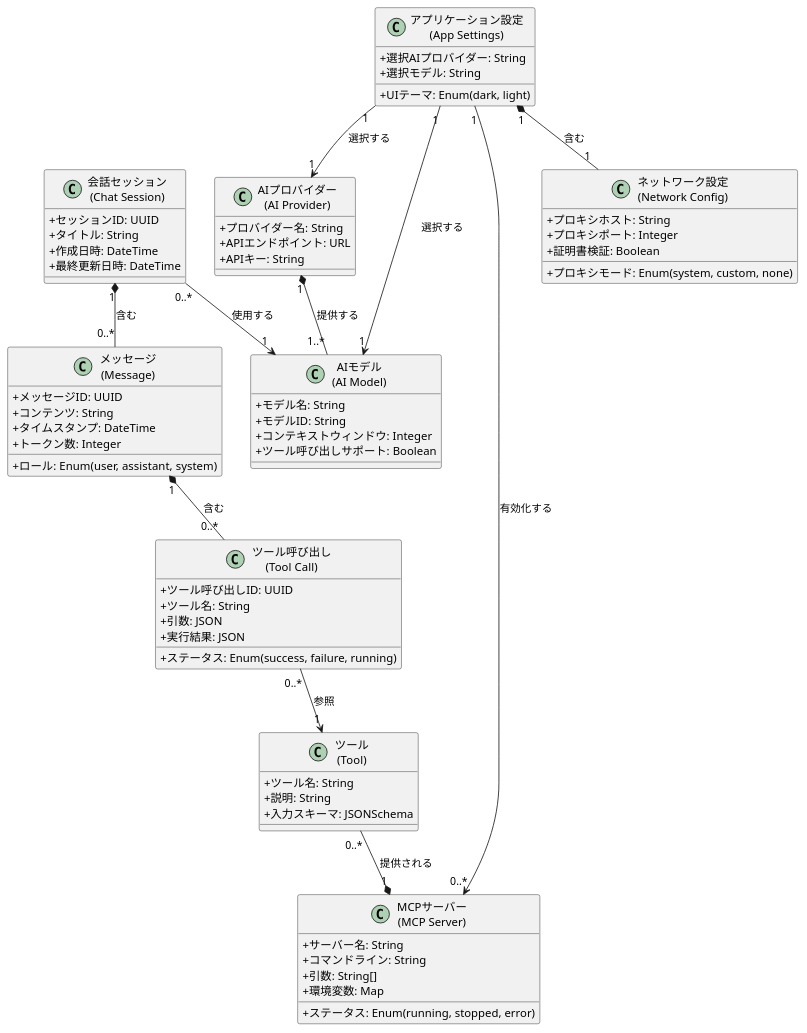
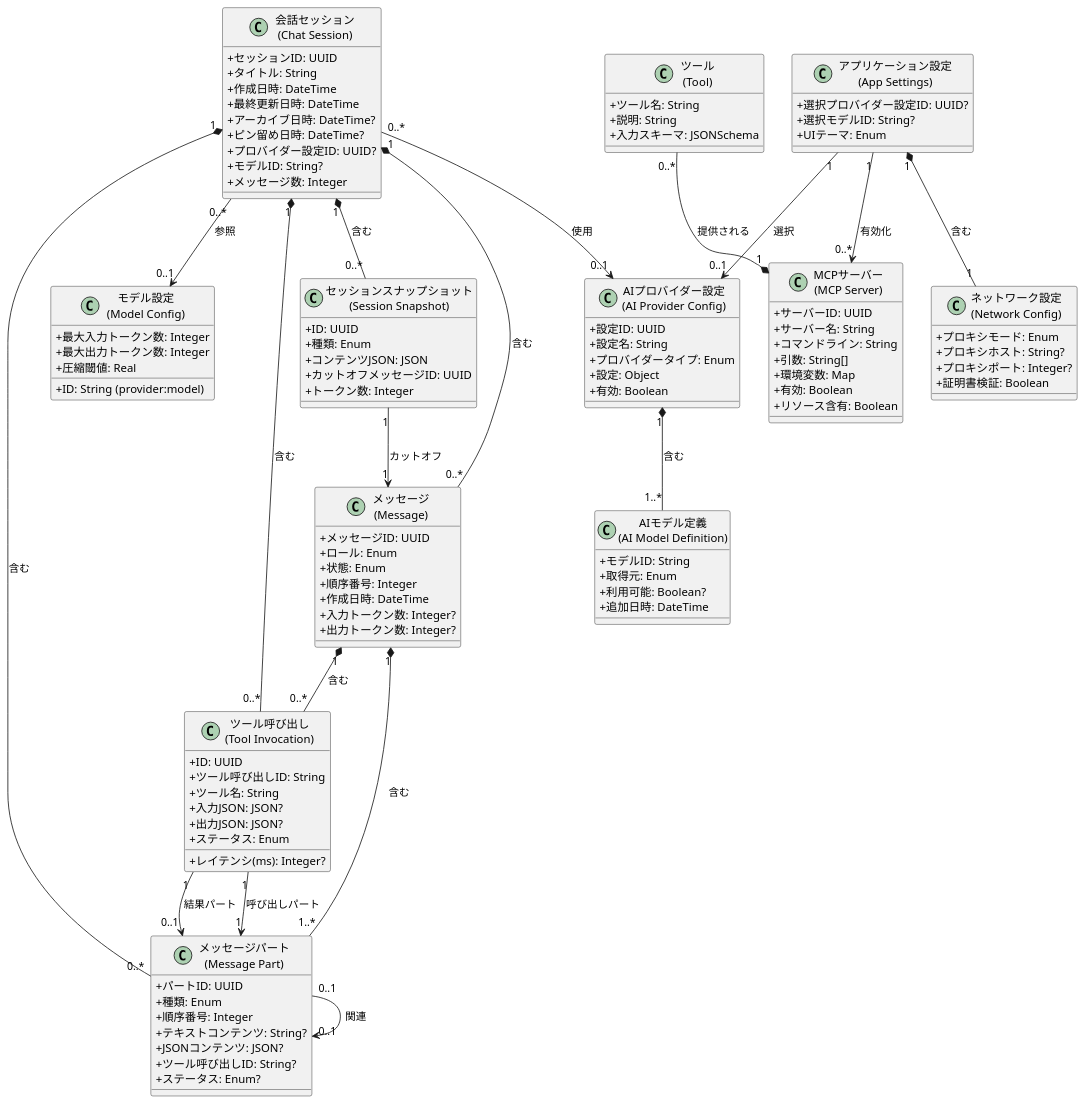
The diagram in docs_UP/ドメインモデル.md (mosaan/electron-ai-starter), drawn with PlantUML before and after one commit. The commit also changed other lines of this file and 4 other files, not shown here.

````diff
--- a/docs_UP/ドメインモデル.md
+++ b/docs_UP/ドメインモデル.md
@@ -195,35 +402,81 @@
   + タイトル: String
   + 作成日時: DateTime
   + 最終更新日時: DateTime
+  + アーカイブ日時: DateTime?
+  + ピン留め日時: DateTime?
+  + プロバイダー設定ID: UUID?
+  + モデルID: String?
+  + メッセージ数: Integer
 }
 
 class "メッセージ\n(Message)" as Message {
   + メッセージID: UUID
-  + ロール: Enum(user, assistant, system)
-  + コンテンツ: String
-  + タイムスタンプ: DateTime
+  + ロール: Enum
+  + 状態: Enum
+  + 順序番号: Integer
+  + 作成日時: DateTime
+  + 入力トークン数: Integer?
+  + 出力トークン数: Integer?
+}
+
+class "メッセージパート\n(Message Part)" as MessagePart {
+  + パートID: UUID
+  + 種類: Enum
+  + 順序番号: Integer
+  + テキストコンテンツ: String?
+  + JSONコンテンツ: JSON?
+  + ツール呼び出しID: String?
+  + ステータス: Enum?
+}
+
+class "ツール呼び出し\n(Tool Invocation)" as ToolInvocation {
+  + ID: UUID
+  + ツール呼び出しID: String
+  + ツール名: String
+  + 入力JSON: JSON?
+  + 出力JSON: JSON?
+  + ステータス: Enum
+  + レイテンシ(ms): Integer?
+}
+
+class "セッションスナップショット\n(Session Snapshot)" as SessionSnapshot {
+  + ID: UUID
+  + 種類: Enum
+  + コンテンツJSON: JSON
+  + カットオフメッセージID: UUID
   + トークン数: Integer
 }
 
-class "AIプロバイダー\n(AI Provider)" as AIProvider {
-  + プロバイダー名: String
-  + APIエンドポイント: URL
-  + APIキー: String
+class "AIプロバイダー設定\n(AI Provider Config)" as AIProviderConfig {
+  + 設定ID: UUID
+  + 設定名: String
+  + プロバイダータイプ: Enum
+  + 設定: Object
+  + 有効: Boolean
 }
 
-class "AIモデル\n(AI Model)" as AIModel {
-  + モデル名: String
+class "AIモデル定義\n(AI Model Definition)" as AIModelDef {
   + モデルID: String
-  + コンテキストウィンドウ: Integer
-  + ツール呼び出しサポート: Boolean
+  + 取得元: Enum
+  + 利用可能: Boolean?
+  + 追加日時: DateTime
+}
+
+class "モデル設定\n(Model Config)" as ModelConfig {
+  + ID: String (provider:model)
+  + 最大入力トークン数: Integer
+  + 最大出力トークン数: Integer
+  + 圧縮閾値: Real
 }
 
 class "MCPサーバー\n(MCP Server)" as MCPServer {
+  + サーバーID: UUID
   + サーバー名: String
   + コマンドライン: String
   + 引数: String[]
   + 環境変数: Map
-  + ステータス: Enum(running, stopped, error)
+  + 有効: Boolean
+  + リソース含有: Boolean
 }
 
 class "ツール\n(Tool)" as Tool {
@@ -232,37 +485,36 @@
   + 入力スキーマ: JSONSchema
 }
 
-class "ツール呼び出し\n(Tool Call)" as ToolCall {
-  + ツール呼び出しID: UUID
-  + ツール名: String
-  + 引数: JSON
-  + 実行結果: JSON
-  + ステータス: Enum(success, failure, running)
-}
-
 class "ネットワーク設定\n(Network Config)" as NetworkConfig {
-  + プロキシモード: Enum(system, custom, none)
-  + プロキシホスト: String
-  + プロキシポート: Integer
+  + プロキシモード: Enum
+  + プロキシホスト: String?
+  + プロキシポート: Integer?
   + 証明書検証: Boolean
 }
 
 class "アプリケーション設定\n(App Settings)" as AppSettings {
-  + 選択AIプロバイダー: String
-  + 選択モデル: String
-  + UIテーマ: Enum(dark, light)
+  + 選択プロバイダー設定ID: UUID?
+  + 選択モデルID: String?
+  + UIテーマ: Enum
 }
 
 ChatSession "1" *-- "0..*" Message : 含む
-Message "1" *-- "0..*" ToolCall : 含む
-ToolCall "0..*" --> "1" Tool : 参照
+ChatSession "1" *-- "0..*" MessagePart : 含む
+ChatSession "1" *-- "0..*" ToolInvocation : 含む
+ChatSession "1" *-- "0..*" SessionSnapshot : 含む
+Message "1" *-- "1..*" MessagePart : 含む
+Message "1" *-- "0..*" ToolInvocation : 含む
+MessagePart "0..1" --> "0..1" MessagePart : 関連
+ToolInvocation "1" --> "1" MessagePart : 呼び出しパート
+ToolInvocation "1" --> "0..1" MessagePart : 結果パート
+SessionSnapshot "1" --> "1" Message : カットオフ
 Tool "0..*" --* "1" MCPServer : 提供される
-AIProvider "1" *-- "1..*" AIModel : 提供する
-ChatSession "0..*" --> "1" AIModel : 使用する
-AppSettings "1" --> "1" AIProvider : 選択する
-AppSettings "1" --> "1" AIModel : 選択する
+AIProviderConfig "1" *-- "1..*" AIModelDef : 含む
+ChatSession "0..*" --> "0..1" AIProviderConfig : 使用
+ChatSession "0..*" --> "0..1" ModelConfig : 参照
+AppSettings "1" --> "0..1" AIProviderConfig : 選択
 AppSettings "1" *-- "1" NetworkConfig : 含む
-AppSettings "1" --> "0..*" MCPServer : 有効化する
+AppSettings "1" --> "0..*" MCPServer : 有効化
 
 @enduml
 ```
````
